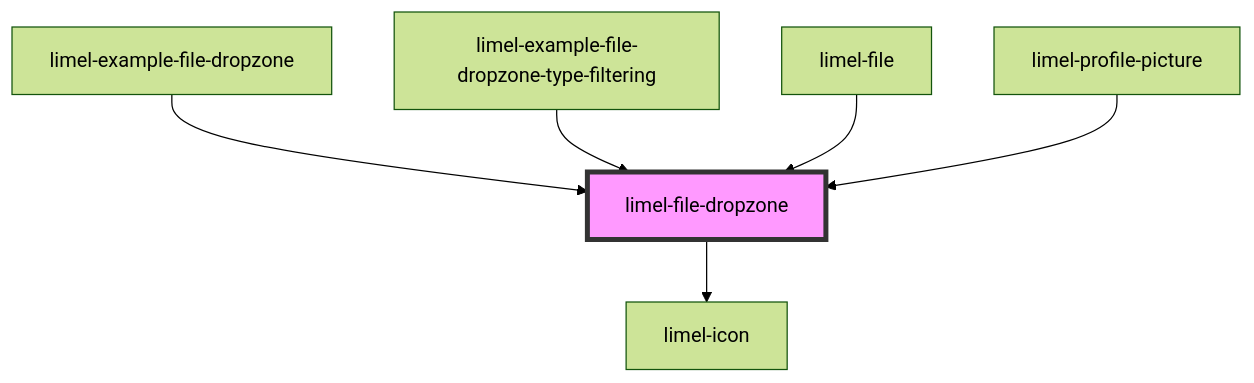
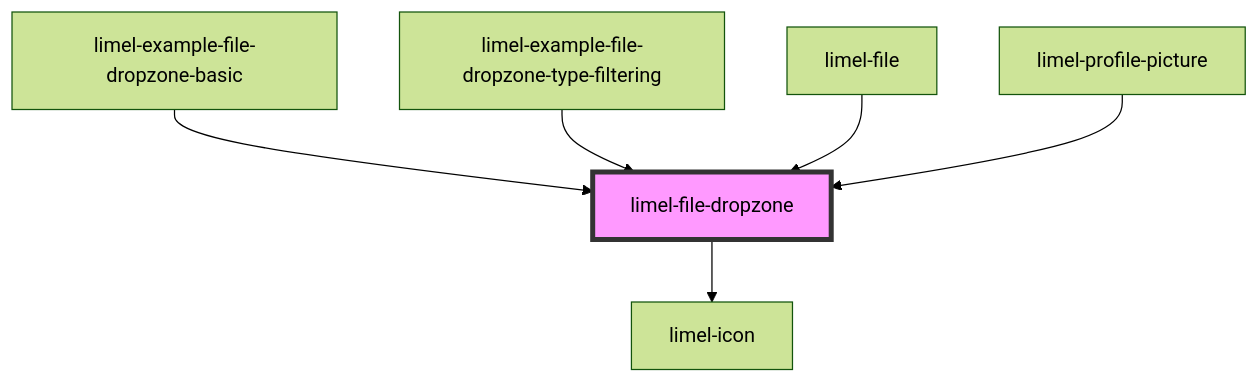
The diagram in versions/PR-3981/markdown-docs/components/file-dropzone/readme.md (Lundalogik/lime-elements), drawn with Mermaid (forest theme) before and after one commit. The commit also changed other lines of this file and 211 other files, not shown here.

````diff
--- a/versions/PR-3981/markdown-docs/components/file-dropzone/readme.md
+++ b/versions/PR-3981/markdown-docs/components/file-dropzone/readme.md
@@ -51,9 +51,9 @@
 ```mermaid
 graph TD;
   limel-file-dropzone --> limel-icon
-  limel-example-file-dropzone --> limel-file-dropzone
+  limel-example-file-dropzone-basic --> limel-file-dropzone
   limel-example-file-dropzone-type-filtering --> limel-file-dropzone
   limel-file --> limel-file-dropzone
   limel-profile-picture --> limel-file-dropzone
   style limel-file-dropzone fill:#f9f,stroke:#333,stroke-width:4px
 ```
````
